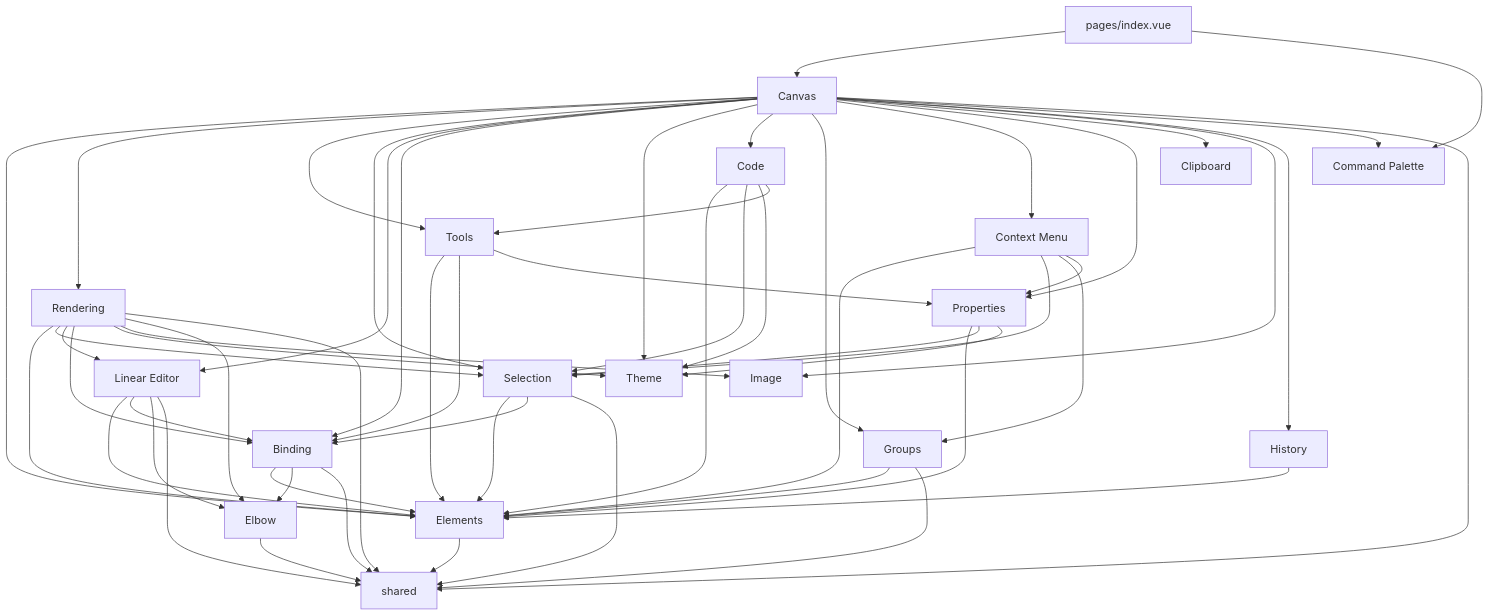
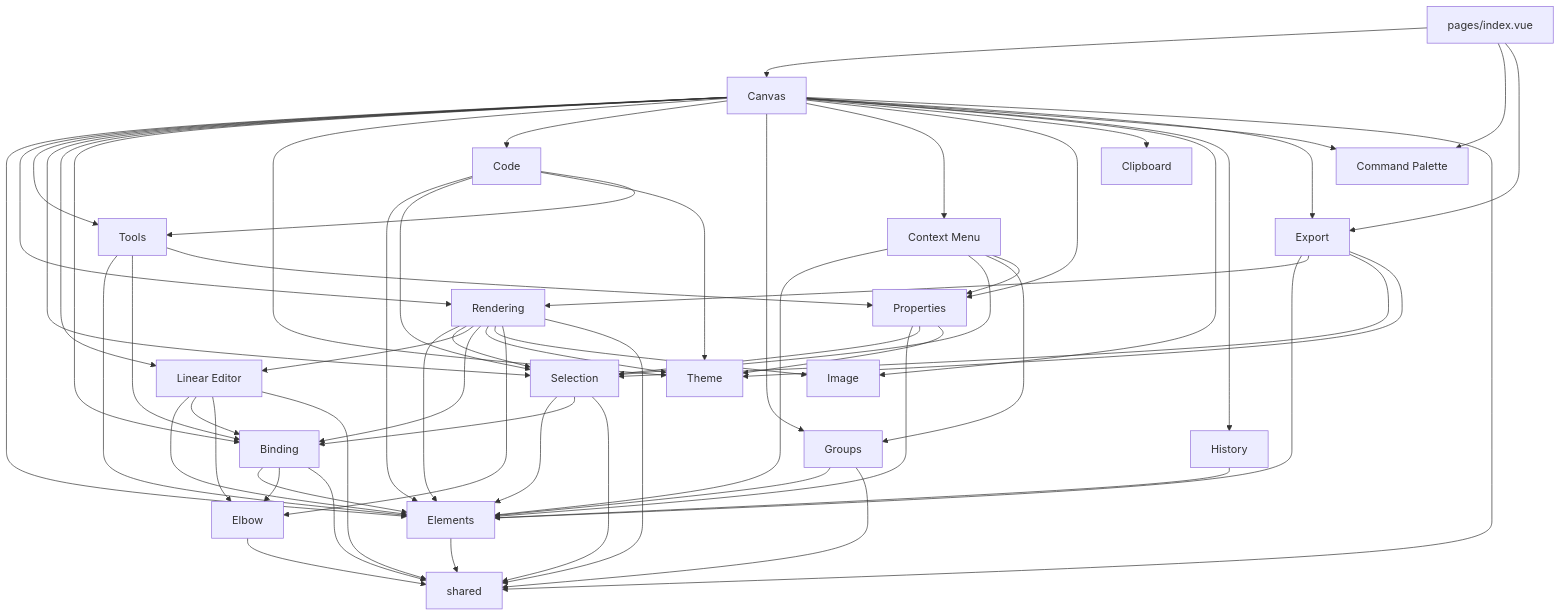
Before and after one commit to alexanderop/excalidrawNuxt: the first of 2 diagrams in docs/SYSTEM_KNOWLEDGE_MAP.md, drawn with Mermaid. The commit also changed other lines of this file and 25 other files, not shown here.

````diff
--- a/docs/SYSTEM_KNOWLEDGE_MAP.md
+++ b/docs/SYSTEM_KNOWLEDGE_MAP.md
@@ -51,71 +53,78 @@
 ```mermaid
 graph TD
     Pages[pages/index.vue] --> Canvas
     Canvas --> Elements
     Canvas --> Rendering
     Canvas --> Tools
     Canvas --> Selection
     Canvas --> LinearEditor[Linear Editor]
     Canvas --> Binding
     Canvas --> Theme
     Canvas --> Code
     Canvas --> Groups
     Canvas --> ContextMenu[Context Menu]
     Canvas --> Properties
     Canvas --> Clipboard
     Canvas --> Image
     Canvas --> History
     Canvas --> CommandPalette[Command Palette]
+    Canvas --> Export
 
     History --> Elements
 
     ContextMenu --> Elements
     ContextMenu --> Selection
     ContextMenu --> Groups
     ContextMenu --> Properties
 
     Properties --> Elements
     Properties --> Selection
     Properties --> Theme
 
     Tools --> Elements
     Tools --> Binding
     Tools --> Properties
 
     Code --> Elements
     Code --> Selection
     Code --> Theme
     Code --> Tools
 
     Rendering --> Elements
     Rendering --> Selection
     Rendering --> LinearEditor
     Rendering --> Binding
     Rendering --> Theme
     Rendering --> Image
     Rendering --> Elbow
 
     Selection --> Elements
     Selection --> Binding
 
     LinearEditor --> Elements
     LinearEditor --> Binding
     LinearEditor --> Elbow
 
     Binding --> Elements
     Binding --> Elbow
 
     Elbow --> shared
 
     Groups --> Elements
 
     Pages --> CommandPalette
+    Pages --> Export
+
+    Export --> Elements
+    Export --> Rendering
+    Export --> Selection
+    Export --> Theme
 
     Elements --> shared
     Canvas --> shared
     Selection --> shared
     LinearEditor --> shared
     Binding --> shared
     Groups --> shared
     Rendering --> shared
 ```
````
